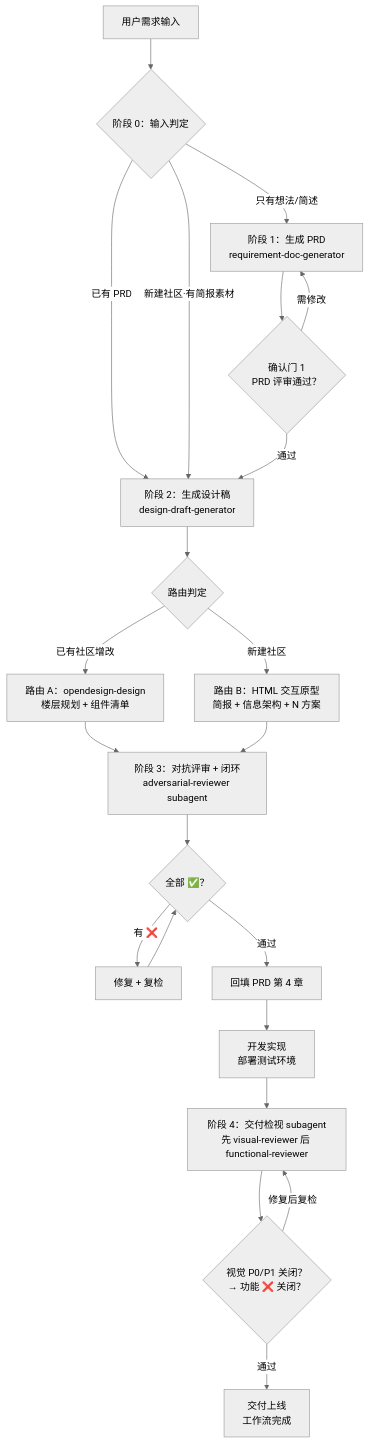
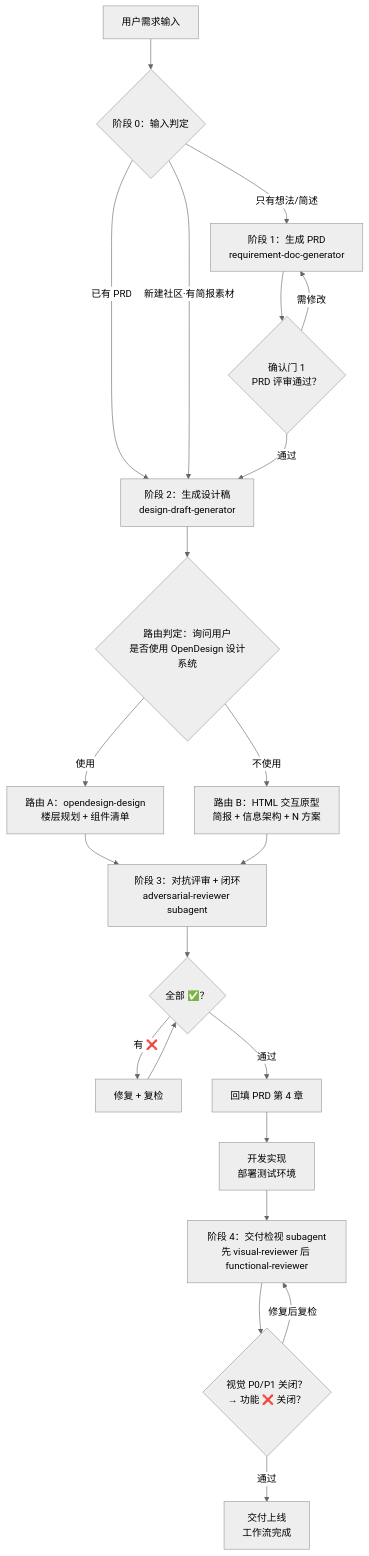
The diagram in README.md (xialu-pro/design-workflow), drawn with Mermaid (neutral theme) before and after one commit. The commit also changed other lines of this file, not shown here.

Commit message:
流程图、阶段总览表、角色职责表、关键机制刷新

````diff
--- a/README.md
+++ b/README.md
@@ -7,31 +7,31 @@
 ```mermaid
 flowchart TD
     S[用户需求输入] --> E{阶段 0：输入判定}
     E -- 已有 PRD --> G2
     E -- 新建社区·有简报素材 --> G2
     E -- 只有想法/简述 --> G1
 
     G1[阶段 1：生成 PRD<br/>requirement-doc-generator]
     G1 --> D1{确认门 1<br/>PRD 评审通过？}
     D1 -- 需修改 --> G1
     D1 -- 通过 --> G2
 
     G2[阶段 2：生成设计稿<br/>design-draft-generator]
-    G2 --> R{路由判定}
-    R -- 已有社区增改 --> A[路由 A：opendesign-design<br/>楼层规划 + 组件清单]
-    R -- 新建社区 --> B[路由 B：HTML 交互原型<br/>简报 + 信息架构 + N 方案]
+    G2 --> R{路由判定：询问用户<br/>是否使用 OpenDesign 设计系统}
+    R -- 使用 --> A[路由 A：opendesign-design<br/>楼层规划 + 组件清单]
+    R -- 不使用 --> B[路由 B：HTML 交互原型<br/>简报 + 信息架构 + N 方案]
     A --> G3
     B --> G3
 
     G3[阶段 3：对抗评审 + 闭环<br/>adversarial-reviewer subagent]
     G3 --> D2{全部 ✅？}
     D2 -- 有 ❌ --> F[修复 + 复检]
     F --> D2
     D2 -- 通过 --> H[回填 PRD 第 4 章]
 
     H --> DEV[开发实现<br/>部署测试环境]
     DEV --> VR[阶段 4：交付检视 subagent<br/>先 visual-reviewer 后 functional-reviewer]
     VR --> D3{视觉 P0/P1 关闭？<br/>→ 功能 ❌ 关闭？}
     D3 -- 修复后复检 --> VR
     D3 -- 通过 --> DONE[交付上线<br/>工作流完成]
 ```
````
